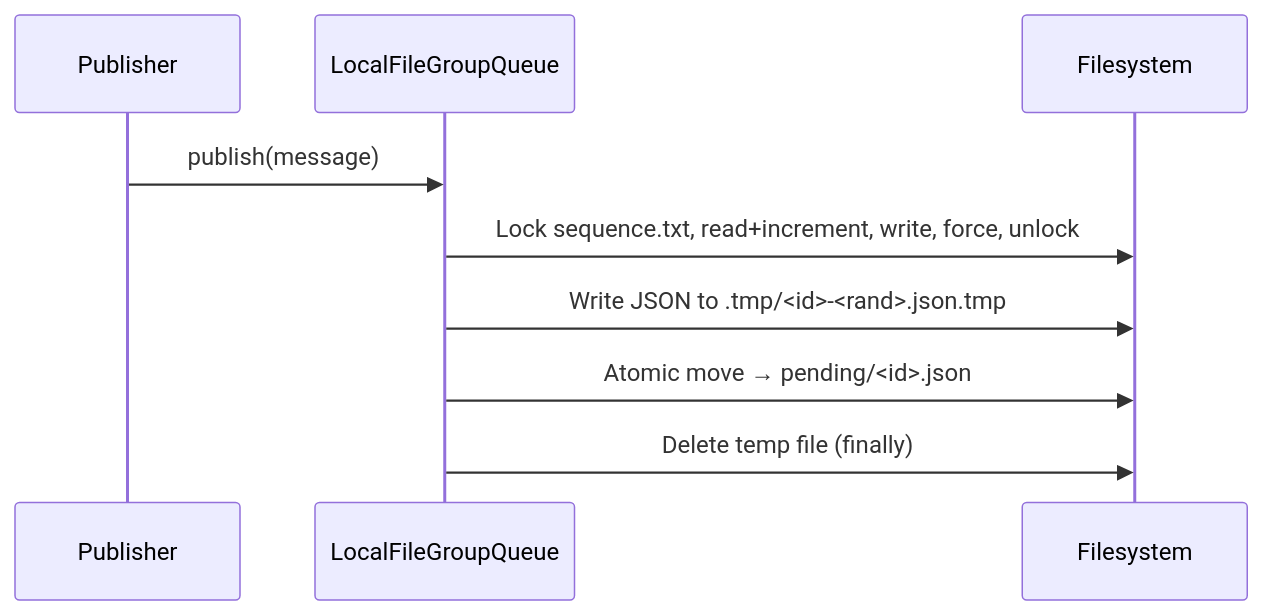
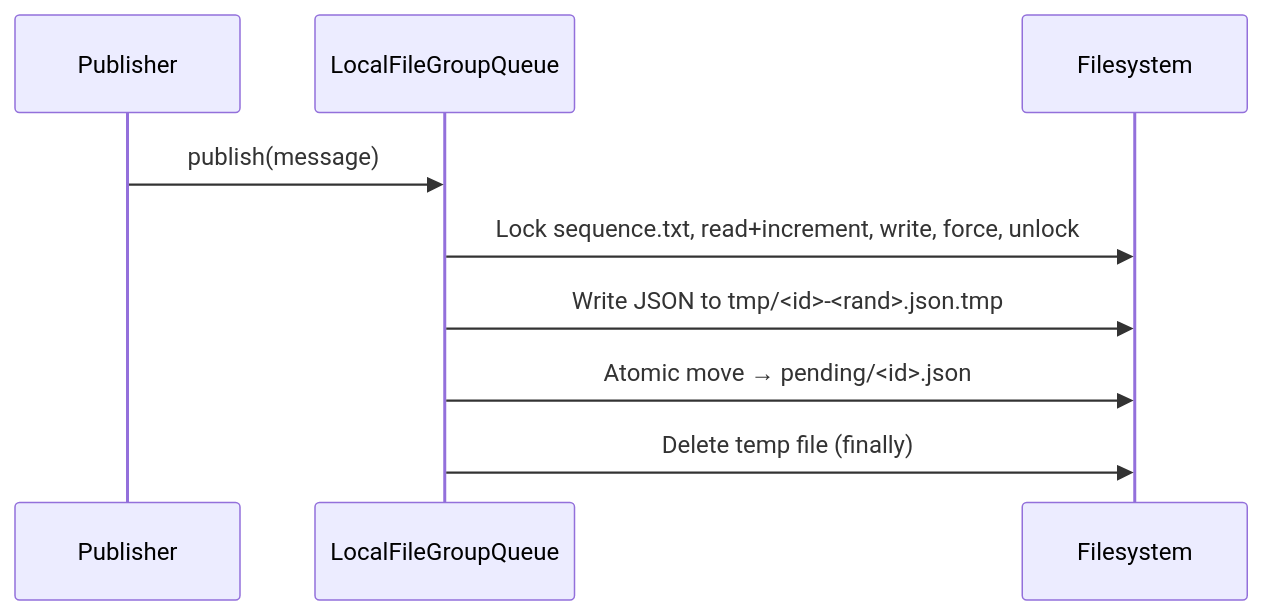
Before and after one commit to gchq/stroom: the second of 8 diagrams in stroom-proxy/designs/detailed-design-queues.md, drawn with Mermaid. The commit also changed other lines of this file and 7 other files, not shown here.

````diff
--- a/stroom-proxy/designs/detailed-design-queues.md
+++ b/stroom-proxy/designs/detailed-design-queues.md
@@ -93,12 +93,12 @@
 ```mermaid
 sequenceDiagram
     participant P as Publisher
     participant Q as LocalFileGroupQueue
     participant FS as Filesystem
 
     P->>Q: publish(message)
     Q->>FS: Lock sequence.txt, read+increment, write, force, unlock
-    Q->>FS: Write JSON to .tmp/<id>-<rand>.json.tmp
+    Q->>FS: Write JSON to tmp/<id>-<rand>.json.tmp
     Q->>FS: Atomic move → pending/<id>.json
     Q->>FS: Delete temp file (finally)
 ```
````
